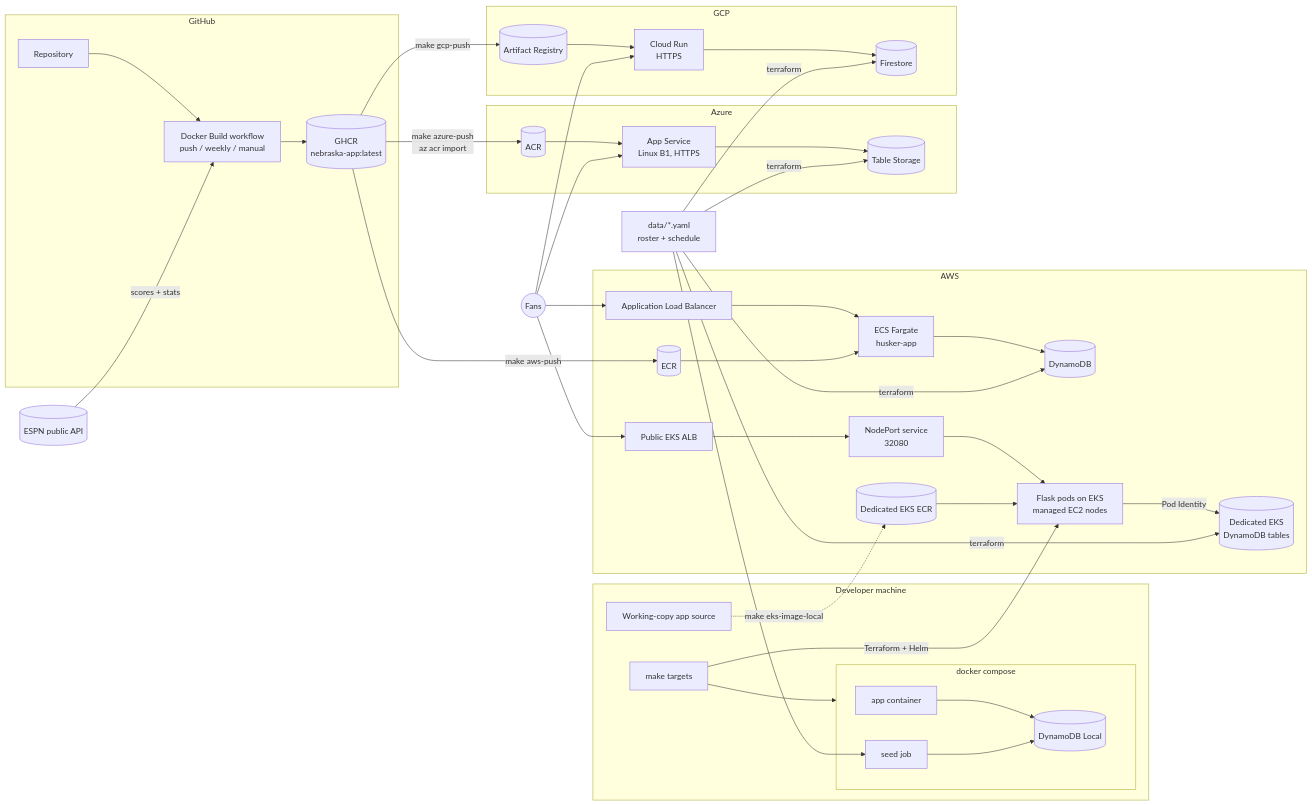
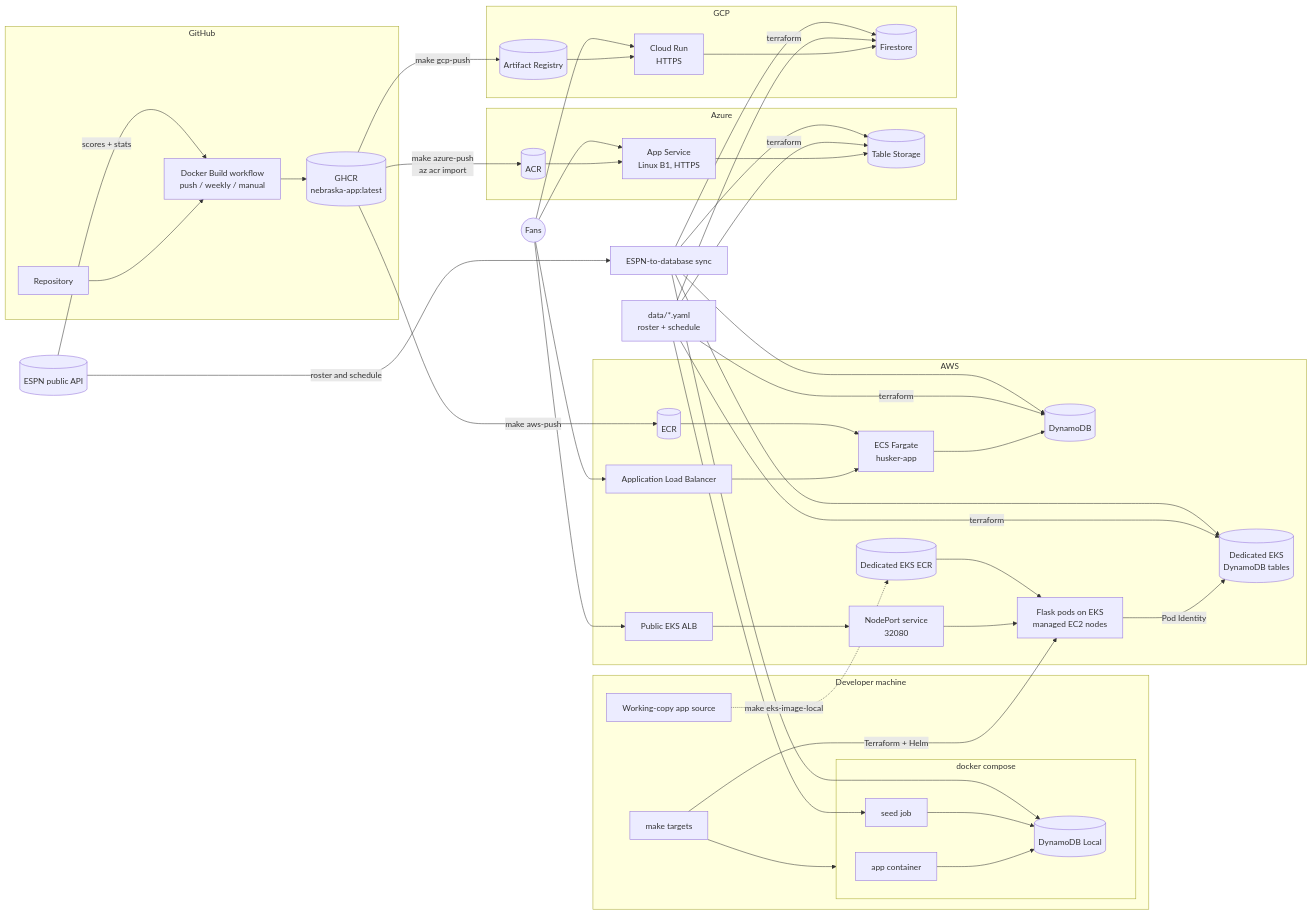
One commit to kclinden/nebraska-app changed the second of 7 diagrams in README.md. Above: the diagram before and after it, drawn with Mermaid. The commit also changed other lines of this file and 12 other files, not shown here.

Commit message:
feat: sync ESPN roster and schedule into cloud databases

````diff
--- a/README.md
+++ b/README.md
@@ -111,54 +192,60 @@
 ```mermaid
 flowchart LR
     ESPN[(ESPN public API)]
     subgraph GH[GitHub]
         Repo[Repository] --> GHA[Docker Build workflow<br/>push / weekly / manual]
         GHA --> GHCR[(GHCR<br/>nebraska-app:latest)]
     end
     ESPN -- scores + stats --> GHA
+    ESPN -- roster and schedule --> SportsSync[ESPN-to-database sync]
 
     subgraph Dev[Developer machine]
         Make[make targets]
         Source[Working-copy app source]
         subgraph Compose[docker compose]
             LocalApp[app container] --> DDBL[(DynamoDB Local)]
             Seed[seed job] --> DDBL
         end
     end
     Data[data/*.yaml<br/>roster + schedule] --> Seed
 
     subgraph AWS
         ALB[Application Load Balancer] --> ECS[ECS Fargate<br/>husker-app]
         ECR[(ECR)] --> ECS
         ECS --> DDB[(DynamoDB)]
         EKSALB[Public EKS ALB] --> EKSService[NodePort service<br/>32080]
         EKSService --> EKSPods[Flask pods on EKS<br/>managed EC2 nodes]
         EKSECR[(Dedicated EKS ECR)] --> EKSPods
         EKSPods -- Pod Identity --> EKSDDB[(Dedicated EKS<br/>DynamoDB tables)]
     end
 
     subgraph Azure
         ACA[App Service<br/>Linux B1, HTTPS] --> Tables[(Table Storage)]
         ACR[(ACR)] --> ACA
     end
 
     subgraph GCP
         RUN[Cloud Run<br/>HTTPS] --> FS[(Firestore)]
         GAR[(Artifact Registry)] --> RUN
     end
 
     GHCR -- make aws-push --> ECR
     GHCR -- make azure-push<br/>az acr import --> ACR
     GHCR -- make gcp-push --> GAR
     Data -- terraform --> DDB
     Data -- terraform --> EKSDDB
     Data -- terraform --> Tables
     Data -- terraform --> FS
+    SportsSync --> DDBL
+    SportsSync --> DDB
+    SportsSync --> EKSDDB
+    SportsSync --> Tables
+    SportsSync --> FS
     Make --> Compose
     Make -- Terraform + Helm --> EKSPods
     Source -. make eks-image-local .-> EKSECR
     Users((Fans)) --> ALB
     Users --> EKSALB
     Users --> ACA
     Users --> RUN
 ```
````
